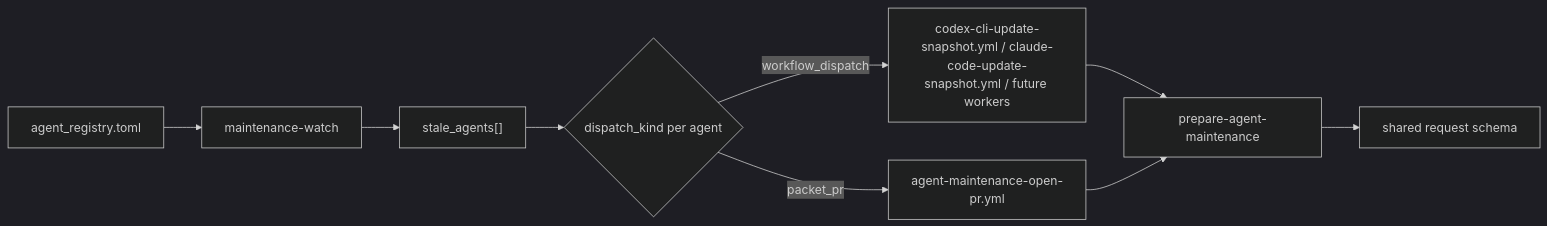
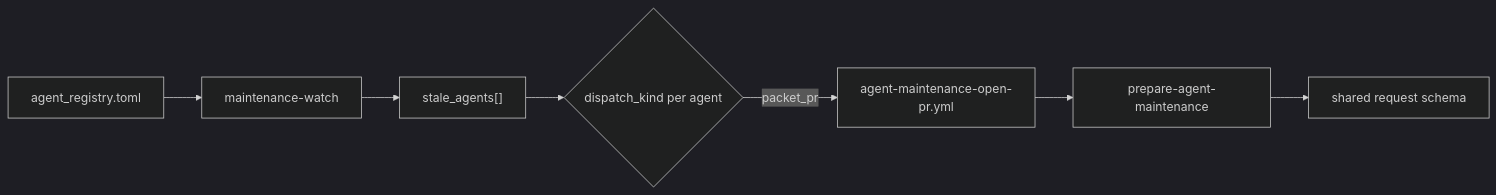
One commit to atomize-hq/unified-agent-api changed the third of 7 diagrams in docs/cli-agent-onboarding-factory-workflow-atlas.md. Above: the diagram before and after it, drawn with Mermaid (dark theme). The commit also changed other lines of this file and 90 other files, not shown here.

````diff
--- a/docs/cli-agent-onboarding-factory-workflow-atlas.md
+++ b/docs/cli-agent-onboarding-factory-workflow-atlas.md
@@ -114,11 +107,9 @@
 ```mermaid
 flowchart LR
   A["agent_registry.toml"] --> B["maintenance-watch"]
   B --> C["stale_agents[]"]
   C --> D{"dispatch_kind per agent"}
-  D -->|workflow_dispatch| E["codex-cli-update-snapshot.yml / claude-code-update-snapshot.yml / future workers"]
   D -->|packet_pr| F["agent-maintenance-open-pr.yml"]
-  E --> G["prepare-agent-maintenance"]
-  F --> G
+  F --> G["prepare-agent-maintenance"]
   G --> H["shared request schema"]
 ```
````
